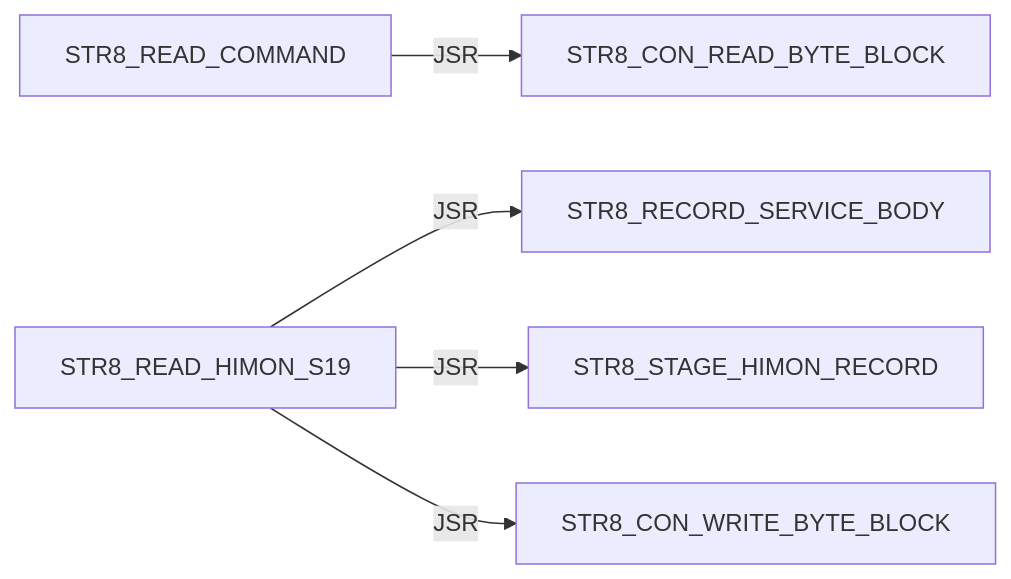
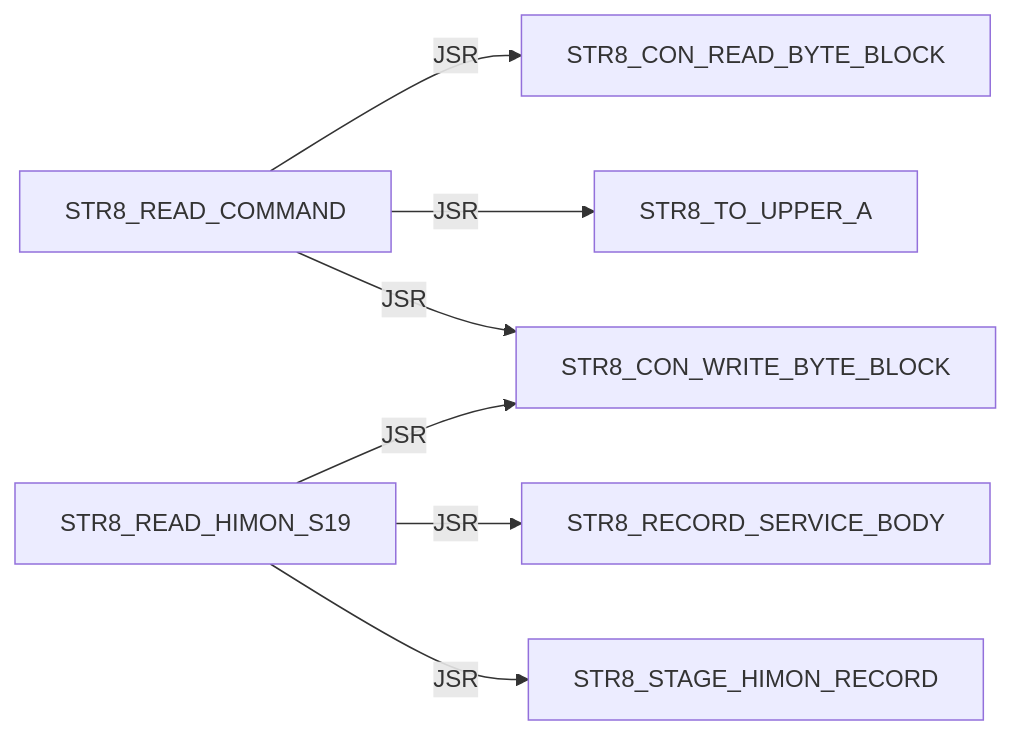
Before and after one commit to 95westus/R-YORS: diagram 23 of 45 in DOC/GUIDES/STR8/STR8_EDGE_DUMP.md, drawn with Mermaid. The commit also changed other lines of this file and 42 other files, not shown here.

First line of the commit message:
STR8: publish validated bank jump record

````diff
--- a/DOC/GUIDES/STR8/STR8_EDGE_DUMP.md
+++ b/DOC/GUIDES/STR8/STR8_EDGE_DUMP.md
@@ -287,7 +287,9 @@
 ```mermaid
 flowchart LR
     N0["STR8_READ_COMMAND"] -->|JSR| N1["STR8_CON_READ_BYTE_BLOCK"]
-    N2["STR8_READ_HIMON_S19"] -->|JSR| N3["STR8_RECORD_SERVICE_BODY"]
-    N2["STR8_READ_HIMON_S19"] -->|JSR| N4["STR8_STAGE_HIMON_RECORD"]
-    N2["STR8_READ_HIMON_S19"] -->|JSR| N5["STR8_CON_WRITE_BYTE_BLOCK"]
+    N0["STR8_READ_COMMAND"] -->|JSR| N2["STR8_TO_UPPER_A"]
+    N0["STR8_READ_COMMAND"] -->|JSR| N3["STR8_CON_WRITE_BYTE_BLOCK"]
+    N4["STR8_READ_HIMON_S19"] -->|JSR| N5["STR8_RECORD_SERVICE_BODY"]
+    N4["STR8_READ_HIMON_S19"] -->|JSR| N6["STR8_STAGE_HIMON_RECORD"]
+    N4["STR8_READ_HIMON_S19"] -->|JSR| N3["STR8_CON_WRITE_BYTE_BLOCK"]
 ```
````
